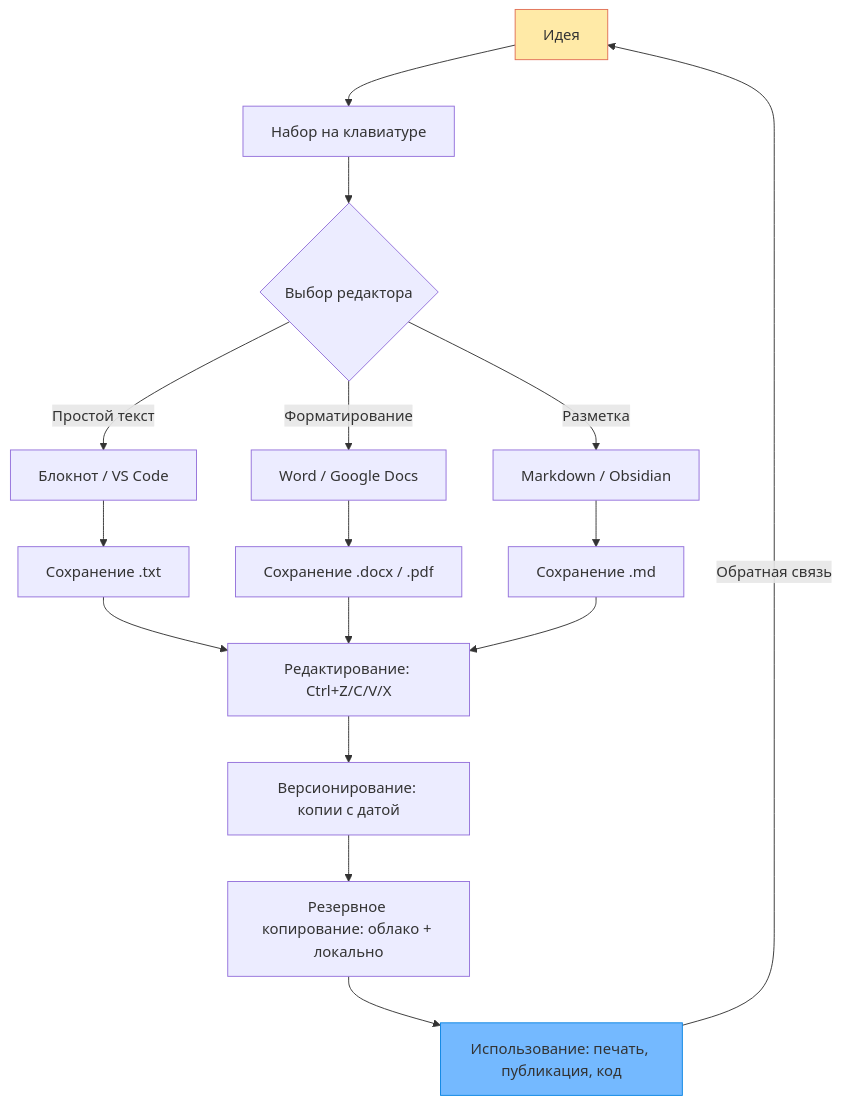
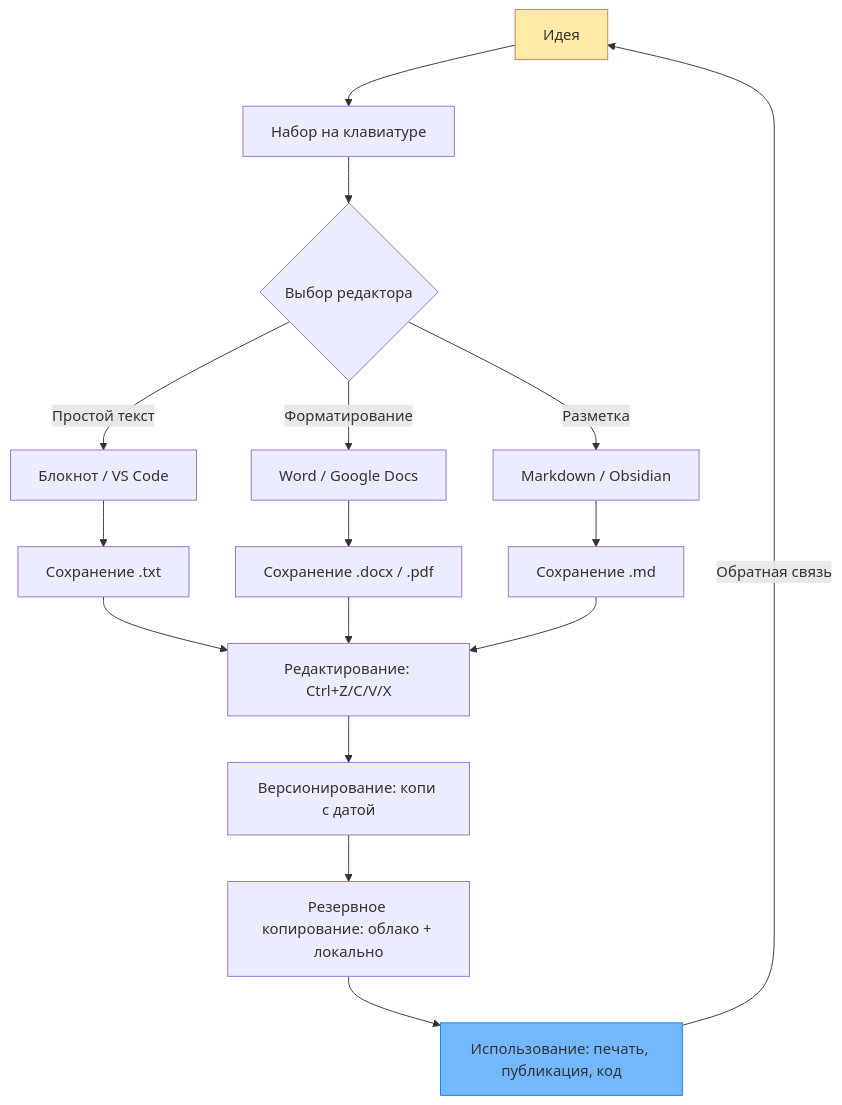
One commit to Spirzen/it-knowledge-base changed the diagram in docs/encyclopedia/9-spinoff/9-11-dlya-detey/4-programmy/2.md. Above: the diagram before and after it, drawn with Mermaid. The commit also changed other lines of this file and 1180 other files, not shown here.

````diff
--- a/docs/encyclopedia/9-spinoff/9-11-dlya-detey/4-programmy/2.md
+++ b/docs/encyclopedia/9-spinoff/9-11-dlya-detey/4-programmy/2.md
@@ -224,24 +224,24 @@
 ```mermaid
 flowchart TD
     A[Идея] --> B[Набор на клавиатуре]
     B --> C{Выбор редактора}
     C -->|Простой текст| D[Блокнот / VS Code]
     C -->|Форматирование| E[Word / Google Docs]
     C -->|Разметка| F[Markdown / Obsidian]
     
     D --> G[Сохранение .txt]
     E --> H[Сохранение .docx / .pdf]
     F --> I[Сохранение .md]
     
     G --> J[Редактирование: Ctrl+Z/C/V/X]
     H --> J
     I --> J
     
-    J --> K[Версионирование: копии с датой]
+    J --> K[Версионирование: копи с датой]
     K --> L[Резервное копирование: облако + локально]
     L --> M[Использование: печать, публикация, код]
     
     M -->|Обратная связь| A
     style A fill:#ffeaa7,stroke:#e17055
     style M fill:#74b9ff,stroke:#0984e3
 ```
````
